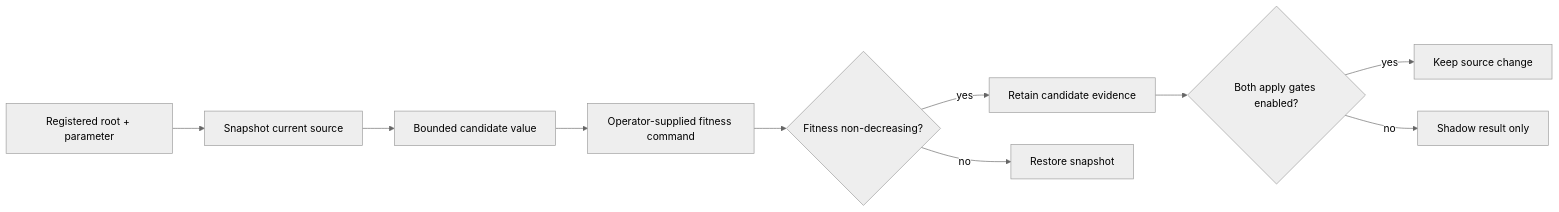
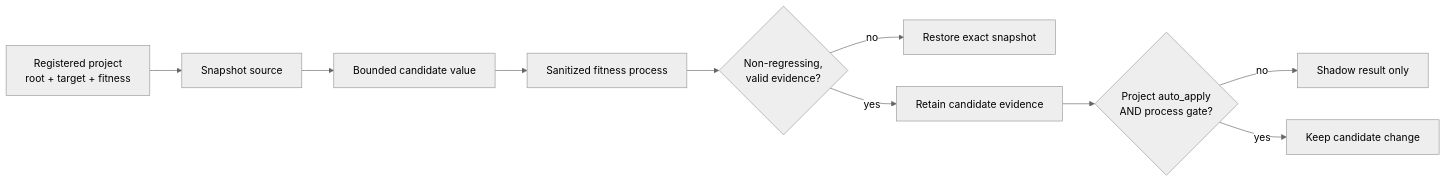
Before and after one commit to ObtuseAI/doofus: the fourth of 4 diagrams in README.md, drawn with Mermaid (neutral theme). The commit also changed other lines of this file, not shown here.

````diff
--- a/README.md
+++ b/README.md
@@ -80,12 +226,12 @@
 ```mermaid
 flowchart LR
-    REGISTER["Registered root + parameter"] --> SNAPSHOT["Snapshot current source"]
+    REGISTER["Registered project<br/>root + target + fitness"] --> SNAPSHOT["Snapshot source"]
     SNAPSHOT --> MUTATE["Bounded candidate value"]
-    MUTATE --> FITNESS["Operator-supplied fitness command"]
-    FITNESS --> BETTER{"Fitness non-decreasing?"}
-    BETTER -->|"yes"| REVIEW["Retain candidate evidence"]
-    BETTER -->|"no"| RESTORE["Restore snapshot"]
-    REVIEW --> APPLY{"Both apply gates enabled?"}
-    APPLY -->|"yes"| SOURCE["Keep source change"]
+    MUTATE --> FITNESS["Sanitized fitness process"]
+    FITNESS --> CHECK{"Non-regressing,<br/>valid evidence?"}
+    CHECK -->|"no"| RESTORE["Restore exact snapshot"]
+    CHECK -->|"yes"| REVIEW["Retain candidate evidence"]
+    REVIEW --> APPLY{"Project auto_apply<br/>AND process gate?"}
     APPLY -->|"no"| SHADOW["Shadow result only"]
+    APPLY -->|"yes"| SOURCE["Keep candidate change"]
 ```
````
